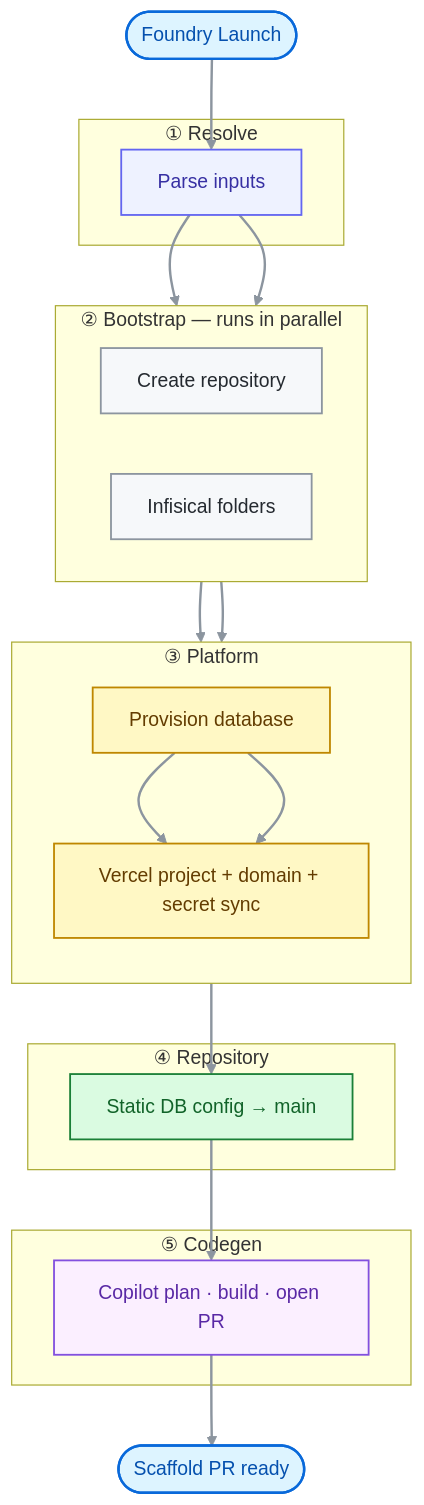
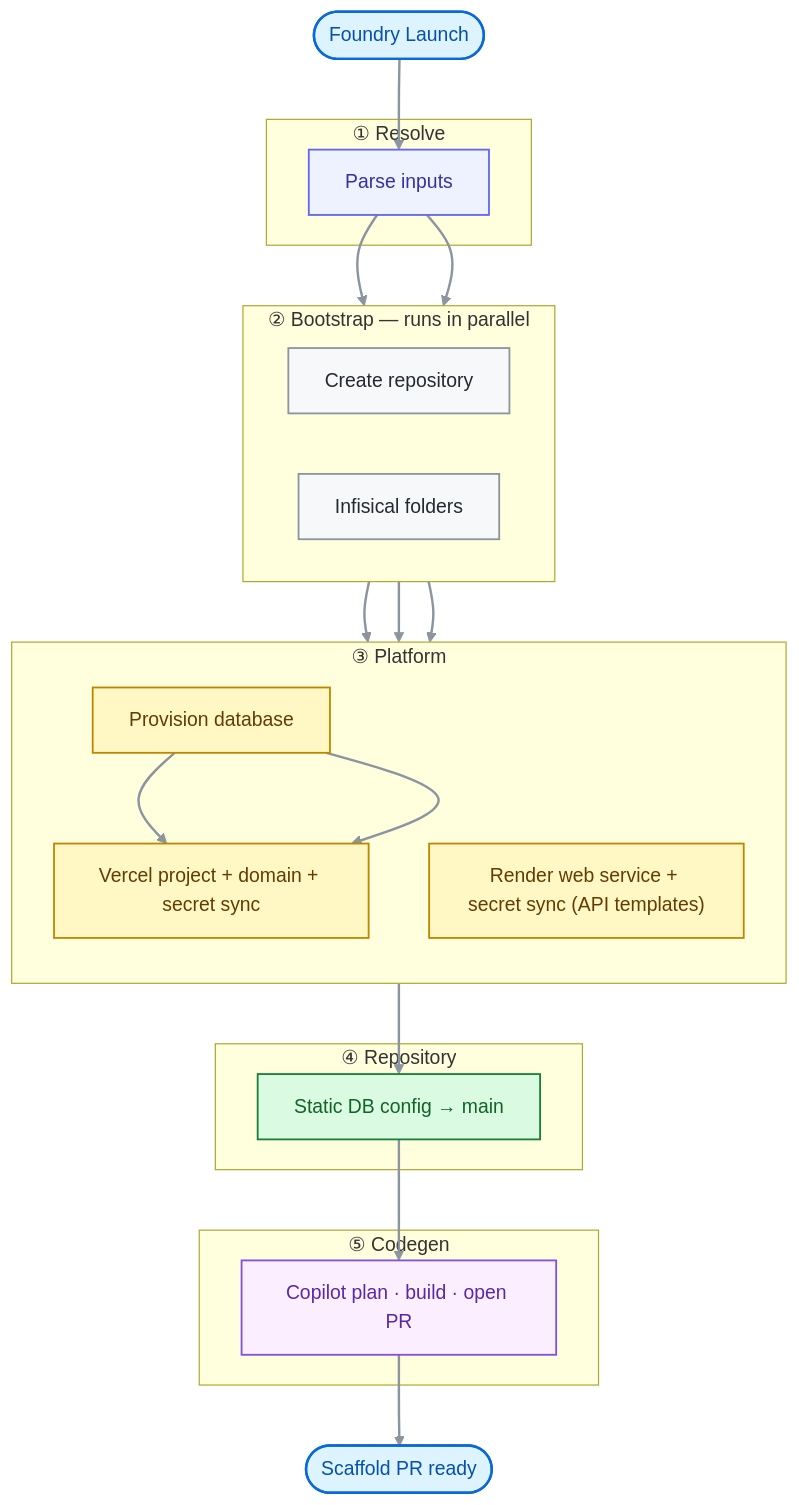
Before and after one commit to uw-datasci/nexus-foundry: the diagram in README.md, drawn with Mermaid. The commit also changed other lines of this file and 4 other files, not shown here.

Commit message:
render job setup

````diff
--- a/README.md
+++ b/README.md
@@ -11,57 +11,59 @@
 ```mermaid
 flowchart TB
   START(["Foundry Launch"])
 
   subgraph phase1["① Resolve"]
     setup["Parse inputs"]
   end
 
   subgraph phase2["② Bootstrap — runs in parallel"]
     direction LR
     create_repo["Create repository"]
     secrets_setup["Infisical folders"]
   end
 
   subgraph phase3["③ Platform"]
     direction TB
     db_setup["Provision database"]
     vercel_setup["Vercel project + domain + secret sync"]
+    render_setup["Render web service + secret sync (API templates)"]
     db_setup --> vercel_setup
   end
 
   subgraph phase4["④ Repository"]
     config["Static DB config → main"]
   end
 
   subgraph phase5["⑤ Codegen"]
     codegen["Copilot plan · build · open PR"]
   end
 
   DONE(["Scaffold PR ready"])
 
   START --> setup
   setup --> create_repo
   setup --> secrets_setup
   create_repo --> db_setup
   secrets_setup --> db_setup
+  secrets_setup --> render_setup
   db_setup --> vercel_setup
   vercel_setup --> config
   config --> codegen
   codegen --> DONE
 
   classDef trigger fill:#ddf4ff,stroke:#0969da,stroke-width:2px,color:#0550ae
   classDef bootstrap fill:#f6f8fa,stroke:#8c959f,stroke-width:1.5px,color:#24292f
   classDef platform fill:#fff8c5,stroke:#bf8700,stroke-width:1.5px,color:#633c01
   classDef repo fill:#dafbe1,stroke:#1a7f37,stroke-width:1.5px,color:#116329
   classDef ai fill:#fbefff,stroke:#8250df,stroke-width:1.5px,color:#5928a5
   classDef resolve fill:#eef2ff,stroke:#6366f1,stroke-width:1.5px,color:#3730a3
 
   class START,DONE trigger
   class setup resolve
   class create_repo,secrets_setup bootstrap
-  class db_setup,vercel_setup platform
+  class db_setup,vercel_setup,render_setup platform
   class config repo
   class codegen ai
 
   linkStyle default stroke:#8c959f,stroke-width:2px
 ```
````
